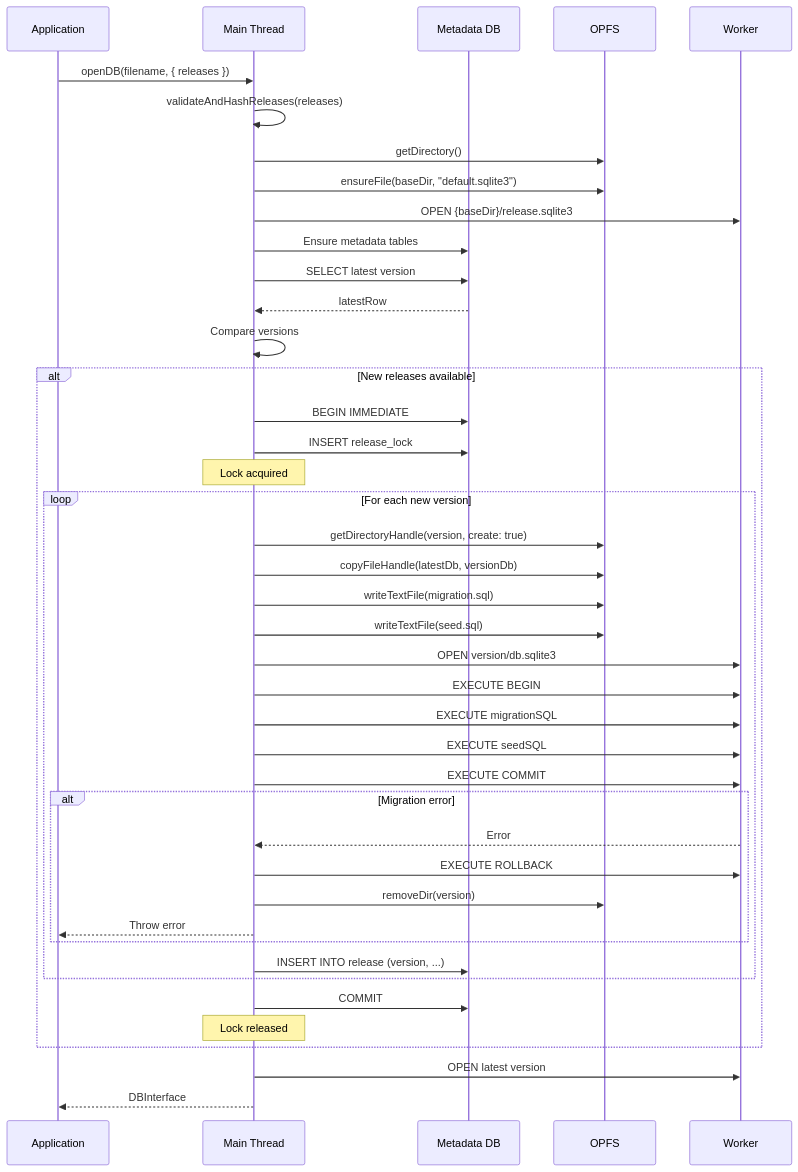
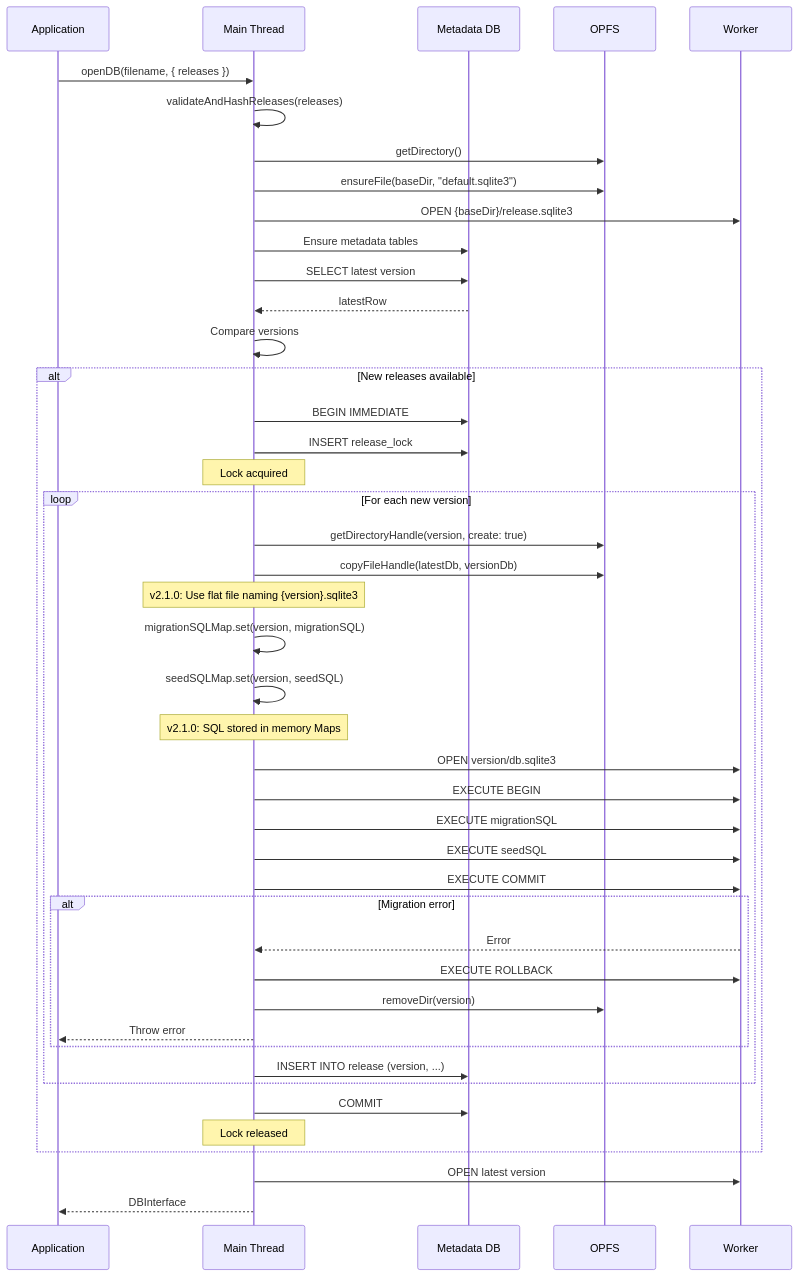
Before and after one commit to wuchuheng/web-sqlite-js: the second of 5 diagrams in agent-docs/05-design/02-schema/02-migrations.md, drawn with Mermaid. The commit also changed other lines of this file and 19 other files, not shown here.

First line of the commit message:
docs(v2.1.0): add comprehensive documentation for flat OPFS structure

````diff
--- a/agent-docs/05-design/02-schema/02-migrations.md
+++ b/agent-docs/05-design/02-schema/02-migrations.md
@@ -153,54 +155,56 @@
 ```mermaid
 sequenceDiagram
     participant App as Application
     participant Main as Main Thread
     participant Meta as Metadata DB
     participant OPFS as OPFS
     participant Worker as Worker
 
     App->>Main: openDB(filename, { releases })
     Main->>Main: validateAndHashReleases(releases)
     Main->>OPFS: getDirectory()
     Main->>OPFS: ensureFile(baseDir, "default.sqlite3")
     Main->>Worker: OPEN {baseDir}/release.sqlite3
     Main->>Meta: Ensure metadata tables
 
     Main->>Meta: SELECT latest version
     Meta-->>Main: latestRow
 
     Main->>Main: Compare versions
 
     alt New releases available
         Main->>Meta: BEGIN IMMEDIATE
         Main->>Meta: INSERT release_lock
         Note over Main: Lock acquired
 
         loop For each new version
             Main->>OPFS: getDirectoryHandle(version, create: true)
             Main->>OPFS: copyFileHandle(latestDb, versionDb)
-            Main->>OPFS: writeTextFile(migration.sql)
-            Main->>OPFS: writeTextFile(seed.sql)
+            Note over Main: v2.1.0: Use flat file naming {version}.sqlite3
+            Main->>Main: migrationSQLMap.set(version, migrationSQL)
+            Main->>Main: seedSQLMap.set(version, seedSQL)
+            Note over Main: v2.1.0: SQL stored in memory Maps
 
             Main->>Worker: OPEN version/db.sqlite3
             Main->>Worker: EXECUTE BEGIN
             Main->>Worker: EXECUTE migrationSQL
             Main->>Worker: EXECUTE seedSQL
             Main->>Worker: EXECUTE COMMIT
 
             alt Migration error
                 Worker-->>Main: Error
                 Main->>Worker: EXECUTE ROLLBACK
                 Main->>OPFS: removeDir(version)
                 Main-->>App: Throw error
             end
 
             Main->>Meta: INSERT INTO release (version, ...)
         end
 
         Main->>Meta: COMMIT
         Note over Main: Lock released
     end
 
     Main->>Worker: OPEN latest version
     Main-->>App: DBInterface
 ```
````
